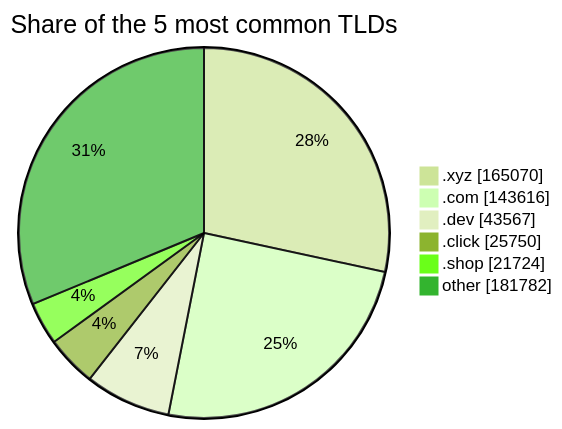
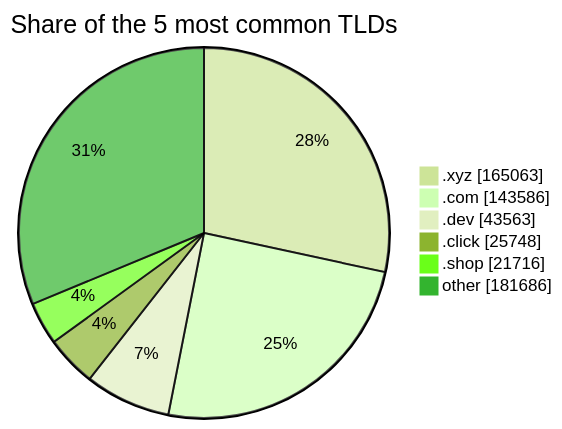
Before and after one commit to DNSBunker/CTI: the third of 3 diagrams in README.md, drawn with Mermaid (forest theme). The commit also changed other lines of this file and 3 other files, not shown here.

````diff
--- a/README.md
+++ b/README.md
@@ -81,9 +81,9 @@
 ```mermaid
 pie showData title Share of the 5 most common TLDs
-    ".xyz" : 165070
-    ".com" : 143616
-    ".dev" : 43567
-    ".click" : 25750
-    ".shop" : 21724
-    "other" : 181782
+    ".xyz" : 165063
+    ".com" : 143586
+    ".dev" : 43563
+    ".click" : 25748
+    ".shop" : 21716
+    "other" : 181686
 ```
````
